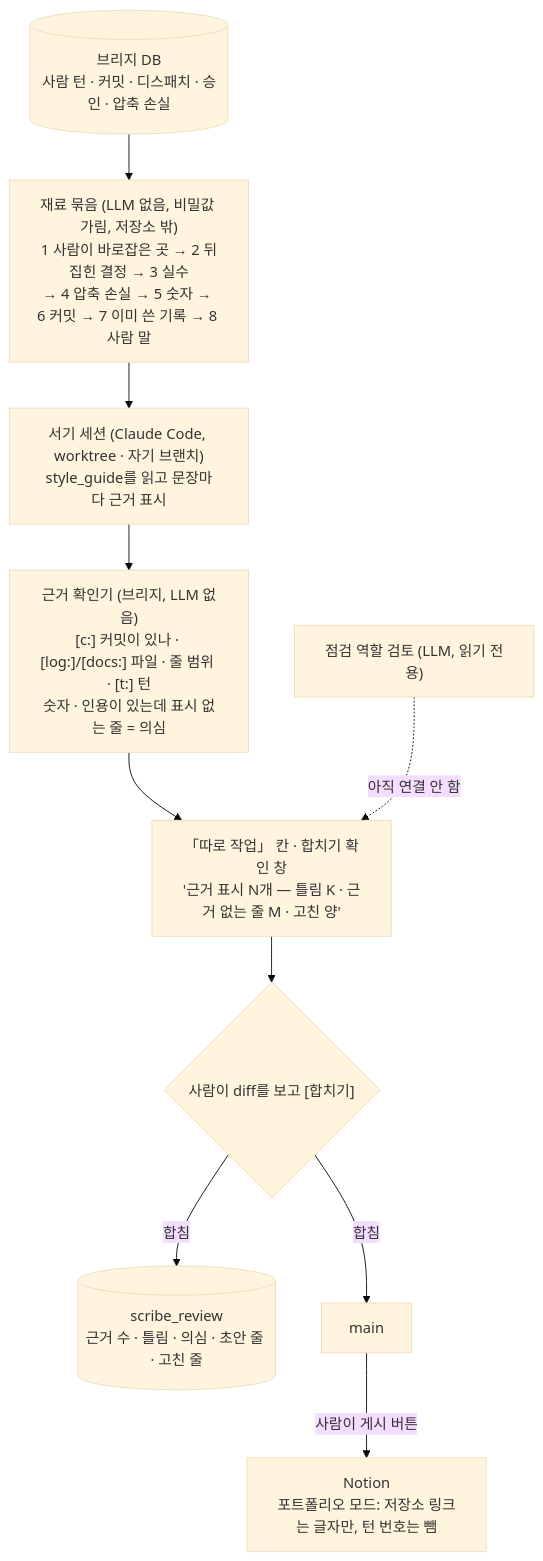
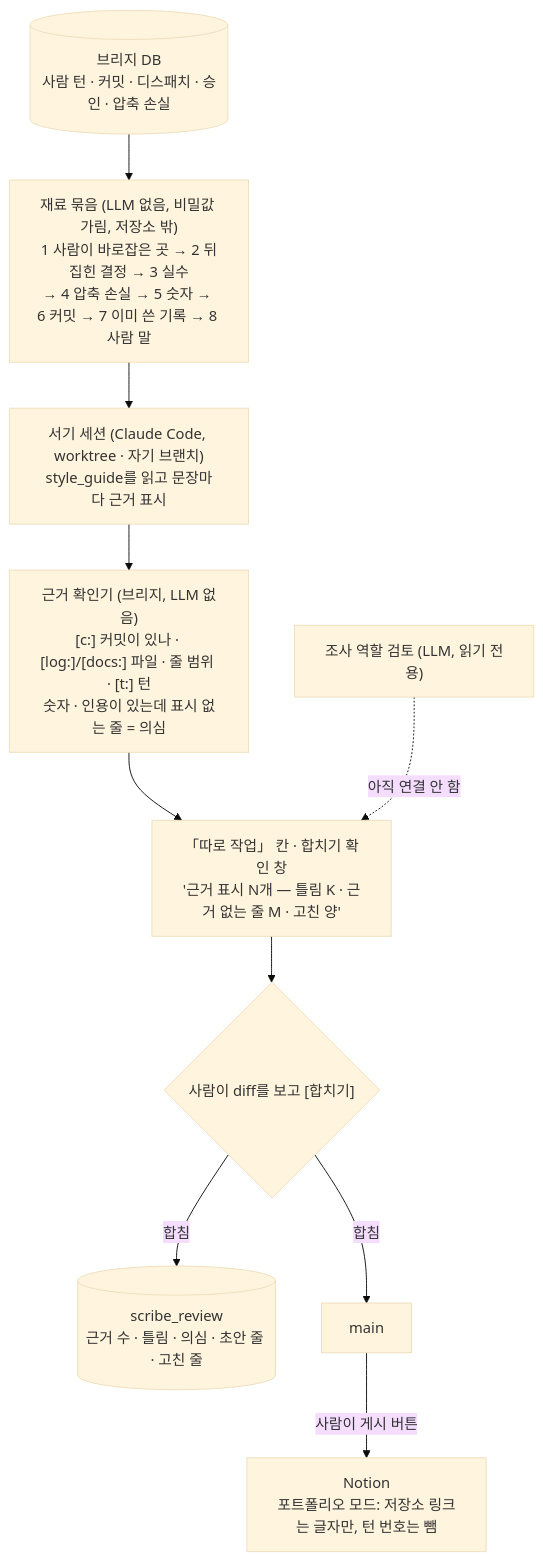
Before and after one commit to Gabriel-Joo/foreman: the diagram in portfolio/06_scribe.md, drawn with Mermaid (base theme). The commit also changed other lines of this file and 13 other files, not shown here.

````diff
--- a/portfolio/06_scribe.md
+++ b/portfolio/06_scribe.md
@@ -34,12 +34,12 @@
 ```mermaid
 flowchart TD
   DB[("브리지 DB<br/>사람 턴 · 커밋 · 디스패치 · 승인 · 압축 손실")] --> M["재료 묶음 (LLM 없음, 비밀값 가림, 저장소 밖)<br/>1 사람이 바로잡은 곳 → 2 뒤집힌 결정 → 3 실수<br/>→ 4 압축 손실 → 5 숫자 → 6 커밋 → 7 이미 쓴 기록 → 8 사람 말"]
   M --> S["서기 세션 (Claude Code, worktree · 자기 브랜치)<br/>style_guide를 읽고 문장마다 근거 표시"]
   S --> E["근거 확인기 (브리지, LLM 없음)<br/>[c:] 커밋이 있나 · [log:]/[docs:] 파일 · 줄 범위 · [t:] 턴<br/>숫자 · 인용이 있는데 표시 없는 줄 = 의심"]
   E --> P["「따로 작업」 칸 · 합치기 확인 창<br/>'근거 표시 N개 — 틀림 K · 근거 없는 줄 M · 고친 양'"]
   P --> H{"사람이 diff를 보고 [합치기]"}
   H -->|합침| R[("scribe_review<br/>근거 수 · 틀림 · 의심 · 초안 줄 · 고친 줄")]
   H -->|합침| G["main"]
   G -->|사람이 게시 버튼| N["Notion<br/>포트폴리오 모드: 저장소 링크는 글자만, 턴 번호는 뺌"]
-  X["점검 역할 검토 (LLM, 읽기 전용)"] -.->|아직 연결 안 함| P
+  X["조사 역할 검토 (LLM, 읽기 전용)"] -.->|아직 연결 안 함| P
 ```
````
